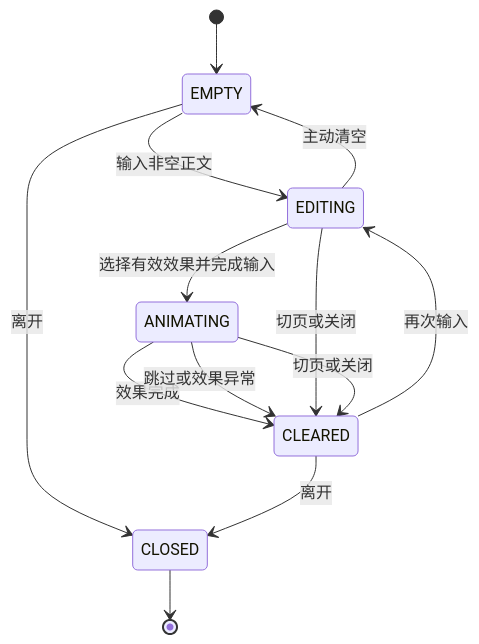
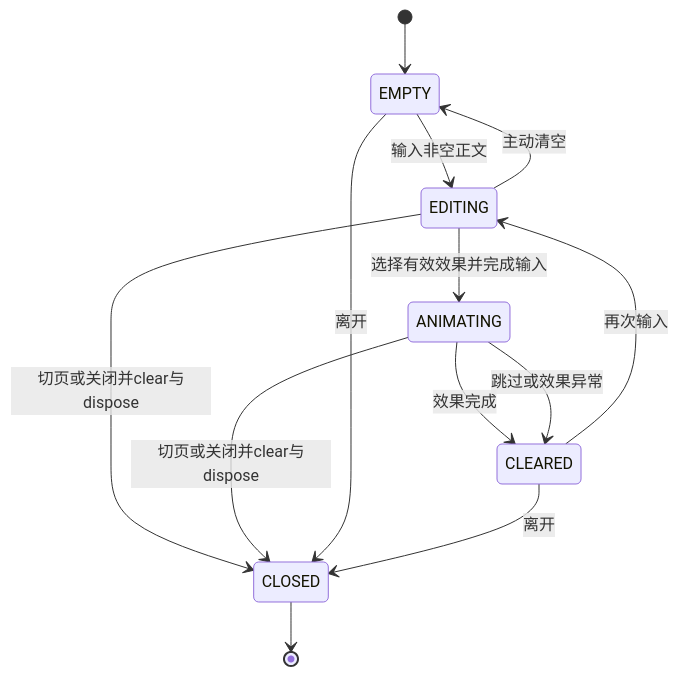
The sixth of 6 diagrams in docs/第三次作业_程杰/03_关键状态与时序图.md (impureWine/404NOTFOUND), drawn with Mermaid before and after one commit. The commit also changed other lines of this file and 4 other files, not shown here.

````diff
--- a/docs/第三次作业_程杰/03_关键状态与时序图.md
+++ b/docs/第三次作业_程杰/03_关键状态与时序图.md
@@ -218,15 +267,15 @@
 ```mermaid
 stateDiagram-v2
     [*] --> EMPTY
     EMPTY --> EDITING: 输入非空正文
     EDITING --> EMPTY: 主动清空
     EDITING --> ANIMATING: 选择有效效果并完成输入
     ANIMATING --> CLEARED: 效果完成
     ANIMATING --> CLEARED: 跳过或效果异常
-    EDITING --> CLEARED: 切页或关闭
-    ANIMATING --> CLEARED: 切页或关闭
+    EDITING --> CLOSED: 切页或关闭并clear与dispose
+    ANIMATING --> CLOSED: 切页或关闭并clear与dispose
     CLEARED --> EDITING: 再次输入
     EMPTY --> CLOSED: 离开
     CLEARED --> CLOSED: 离开
     CLOSED --> [*]
 ```
````
